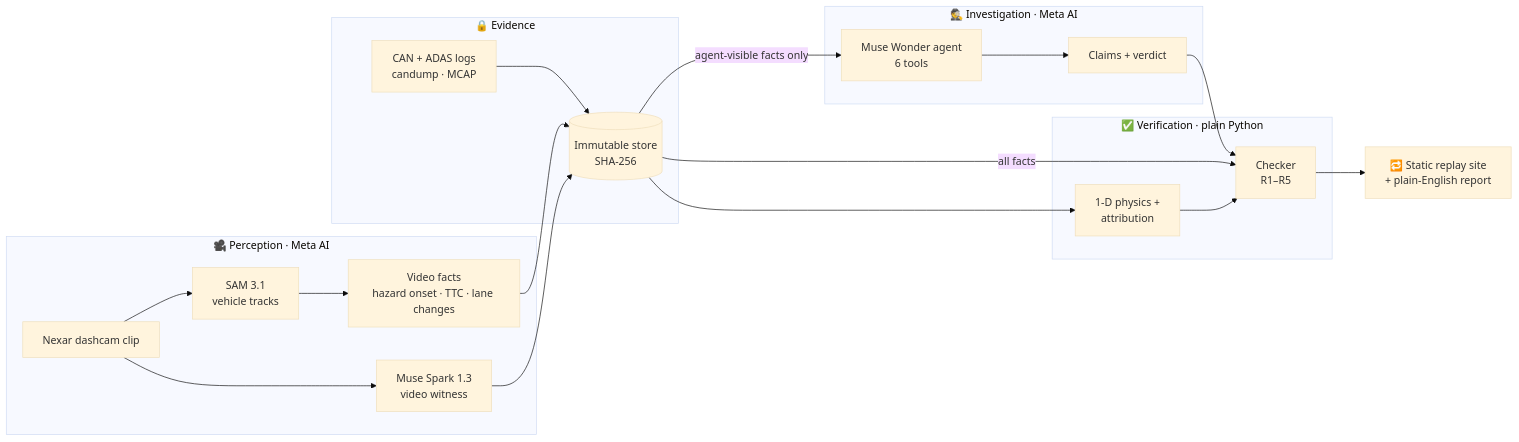
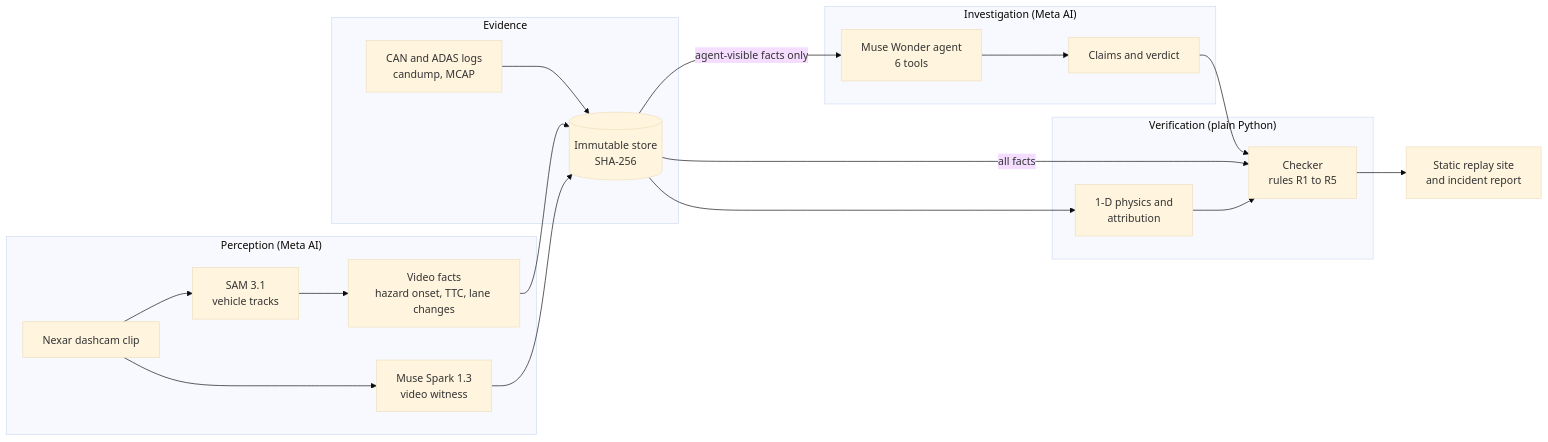
One commit to allenvarghese05/telltale changed the second of 2 diagrams in README.md. Above: the diagram before and after it, drawn with Mermaid (base theme). The commit also changed other lines of this file, not shown here.

First line of the commit message:
docs: plain README with the physics and math, no emoji

````diff
--- a/README.md
+++ b/README.md
@@ -147,28 +120,28 @@
 ```mermaid
 flowchart LR
-    subgraph Perception["🎥 Perception · Meta AI"]
+    subgraph Perception["Perception (Meta AI)"]
         CLIP[Nexar dashcam clip] --> SAM[SAM 3.1<br/>vehicle tracks]
-        SAM --> VF[Video facts<br/>hazard onset · TTC · lane changes]
+        SAM --> VF[Video facts<br/>hazard onset, TTC, lane changes]
         CLIP --> SPARK[Muse Spark 1.3<br/>video witness]
     end
 
-    subgraph Evidence["🔒 Evidence"]
-        LOGS[CAN + ADAS logs<br/>candump · MCAP] --> STORE[(Immutable store<br/>SHA-256)]
+    subgraph Evidence["Evidence"]
+        LOGS[CAN and ADAS logs<br/>candump, MCAP] --> STORE[(Immutable store<br/>SHA-256)]
         VF --> STORE
         SPARK --> STORE
     end
 
-    subgraph Investigation["🕵️ Investigation · Meta AI"]
+    subgraph Investigation["Investigation (Meta AI)"]
         STORE -->|agent-visible facts only| AGENT[Muse Wonder agent<br/>6 tools]
-        AGENT --> CLAIMS[Claims + verdict]
+        AGENT --> CLAIMS[Claims and verdict]
     end
 
-    subgraph Verification["✅ Verification · plain Python"]
-        CLAIMS --> CHECK[Checker<br/>R1–R5]
+    subgraph Verification["Verification (plain Python)"]
+        CLAIMS --> CHECK[Checker<br/>rules R1 to R5]
         STORE -->|all facts| CHECK
-        STORE --> PHYS[1-D physics +<br/>attribution]
+        STORE --> PHYS[1-D physics and<br/>attribution]
         PHYS --> CHECK
     end
 
-    CHECK --> SITE[🔁 Static replay site<br/>+ plain-English report]
+    CHECK --> SITE[Static replay site<br/>and incident report]
 ```
````
